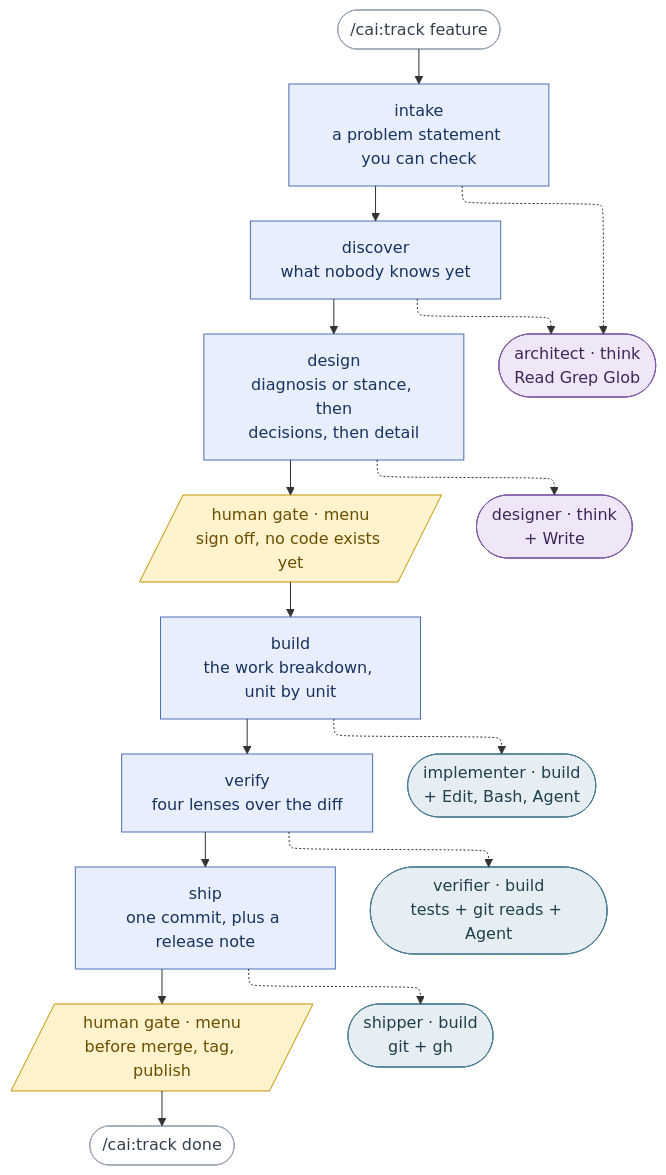
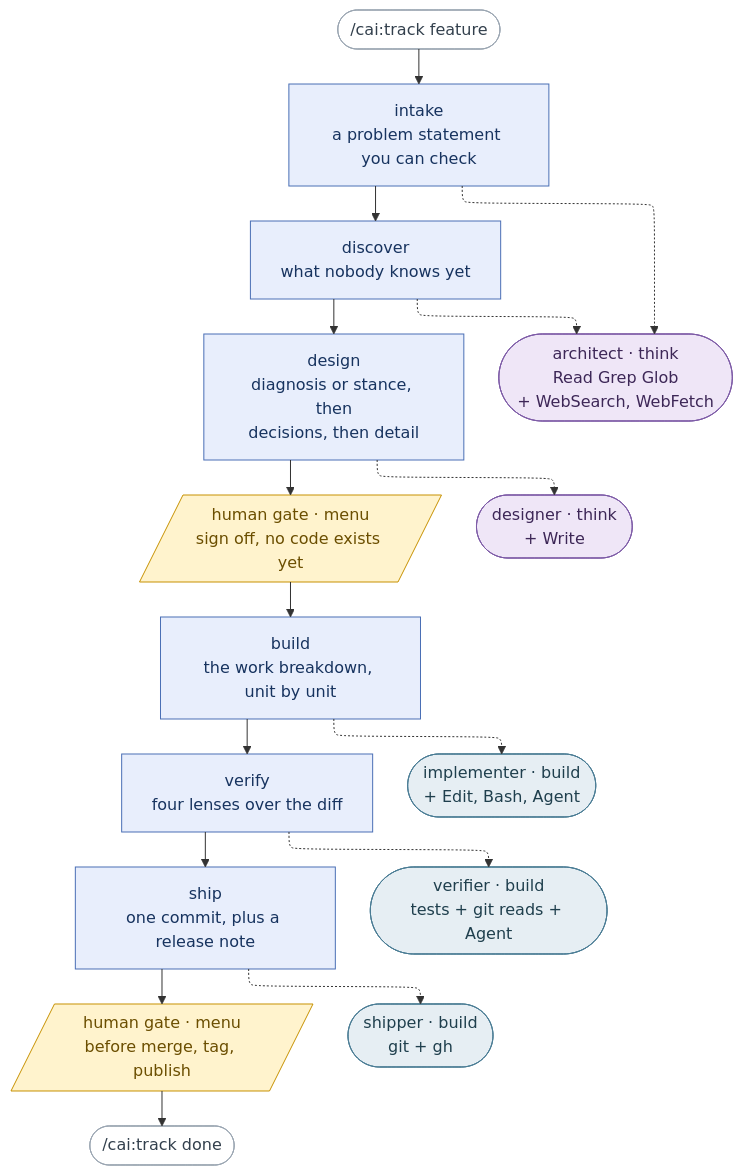
Before and after one commit to millerlai/claude-all-in-one: the diagram in README.md, drawn with Mermaid. The commit also changed 9 other files, not shown here.

````diff
--- a/README.md
+++ b/README.md
@@ -63,43 +63,43 @@
 ```mermaid
 ---
 config:
   flowchart:
     defaultRenderer: "elk"
 ---
 flowchart TB
     START(["/cai:track feature"]) --> S1
 
     S1["intake<br/>a problem statement you can check"] --> S2
     S2["discover<br/>what nobody knows yet"] --> S3
     S3["design<br/>diagnosis or stance, then<br/>decisions, then detail"] --> HG1
     HG1[/"human gate · menu<br/>sign off, no code exists yet"/] --> S4
     S4["build<br/>the work breakdown, unit by unit"] --> S5
     S5["verify<br/>four lenses over the diff"] --> S6
     S6["ship<br/>one commit, plus a release note"] --> HG2
     HG2[/"human gate · menu<br/>before merge, tag, publish"/] --> DONE(["/cai:track done"])
 
     S1 -.-> AR
     S2 -.-> AR
     S3 -.-> DE
     S4 -.-> IM
     S5 -.-> VE
     S6 -.-> SH
 
-    AR(["architect · think<br/>Read Grep Glob"])
+    AR(["architect · think<br/>Read Grep Glob<br/>+ WebSearch, WebFetch"])
     DE(["designer · think<br/>+ Write"])
     IM(["implementer · build<br/>+ Edit, Bash, Agent"])
     VE(["verifier · build<br/>tests + git reads + Agent"])
     SH(["shipper · build<br/>git + gh"])
 
     classDef stage fill:#e8eefc,stroke:#4a6fb5,color:#17335f
     classDef human fill:#fff3cd,stroke:#c79100,color:#6b4e00
     classDef think fill:#efe6f7,stroke:#7d5ba6,color:#3d2757
     classDef build fill:#e6eef3,stroke:#4a7c94,color:#1f3f4d
     classDef ends fill:#ffffff,stroke:#9aa5b1,color:#33404d
 
     class S1,S2,S3,S4,S5,S6 stage
     class HG1,HG2 human
     class AR,DE think
     class IM,VE,SH build
     class START,DONE ends
 ```
````
